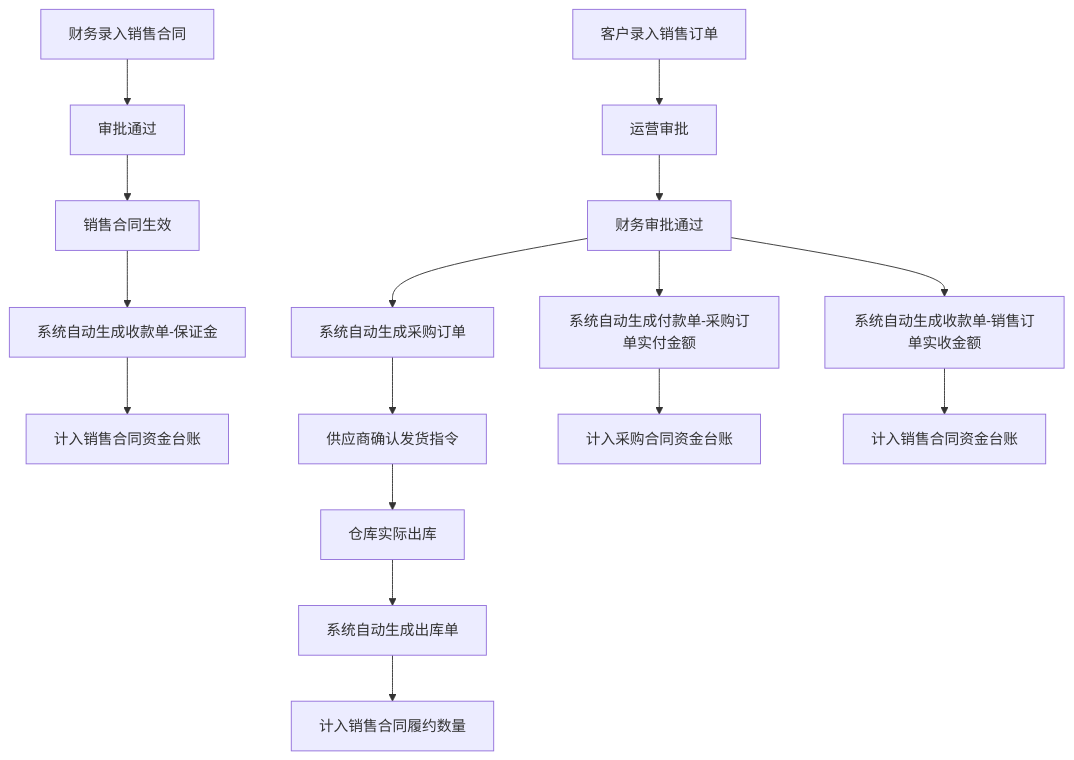
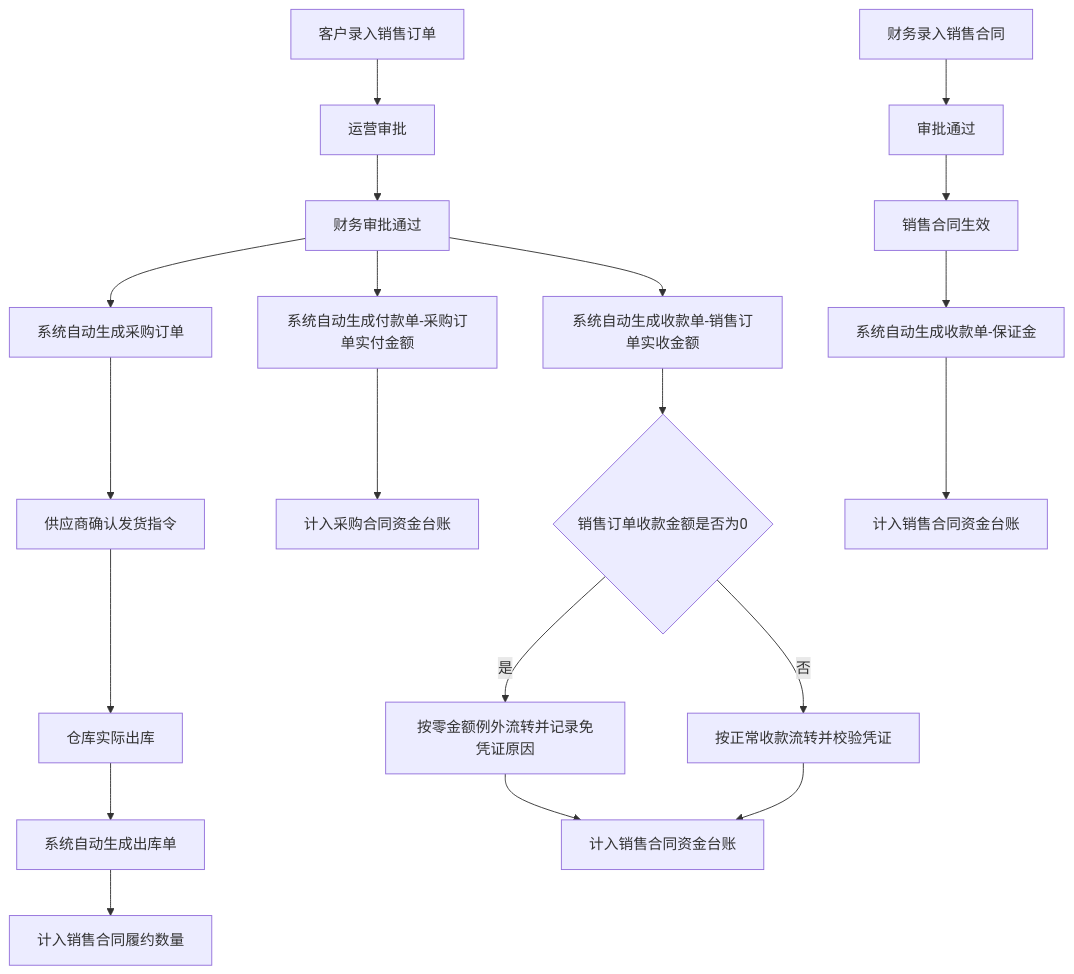
One commit to nancyxjp2019/jgport-supply changed the second of 10 diagrams in docs/V6阶段A-流程图状态机与UI原型清单.md. Above: the diagram before and after it, drawn with Mermaid. The commit also changed other lines of this file, not shown here.

````diff
--- a/docs/V6阶段A-流程图状态机与UI原型清单.md
+++ b/docs/V6阶段A-流程图状态机与UI原型清单.md
@@ -26,18 +26,22 @@
 ```mermaid
 flowchart TD
     A[财务录入销售合同] --> B[审批通过]
     B --> C[销售合同生效]
     C --> D[系统自动生成收款单-保证金]
     E[客户录入销售订单] --> F[运营审批]
     F --> G[财务审批通过]
     G --> H[系统自动生成采购订单]
     G --> I[系统自动生成付款单-采购订单实付金额]
     G --> J[系统自动生成收款单-销售订单实收金额]
     H --> K[供应商确认发货指令]
     K --> L[仓库实际出库]
     L --> M[系统自动生成出库单]
     M --> N[计入销售合同履约数量]
+    J --> R{销售订单收款金额是否为0}
+    R -->|是| S[按零金额例外流转并记录免凭证原因]
+    R -->|否| T[按正常收款流转并校验凭证]
     D --> O[计入销售合同资金台账]
     I --> P[计入采购合同资金台账]
-    J --> Q[计入销售合同资金台账]
+    S --> Q[计入销售合同资金台账]
+    T --> Q[计入销售合同资金台账]
 ```
````
